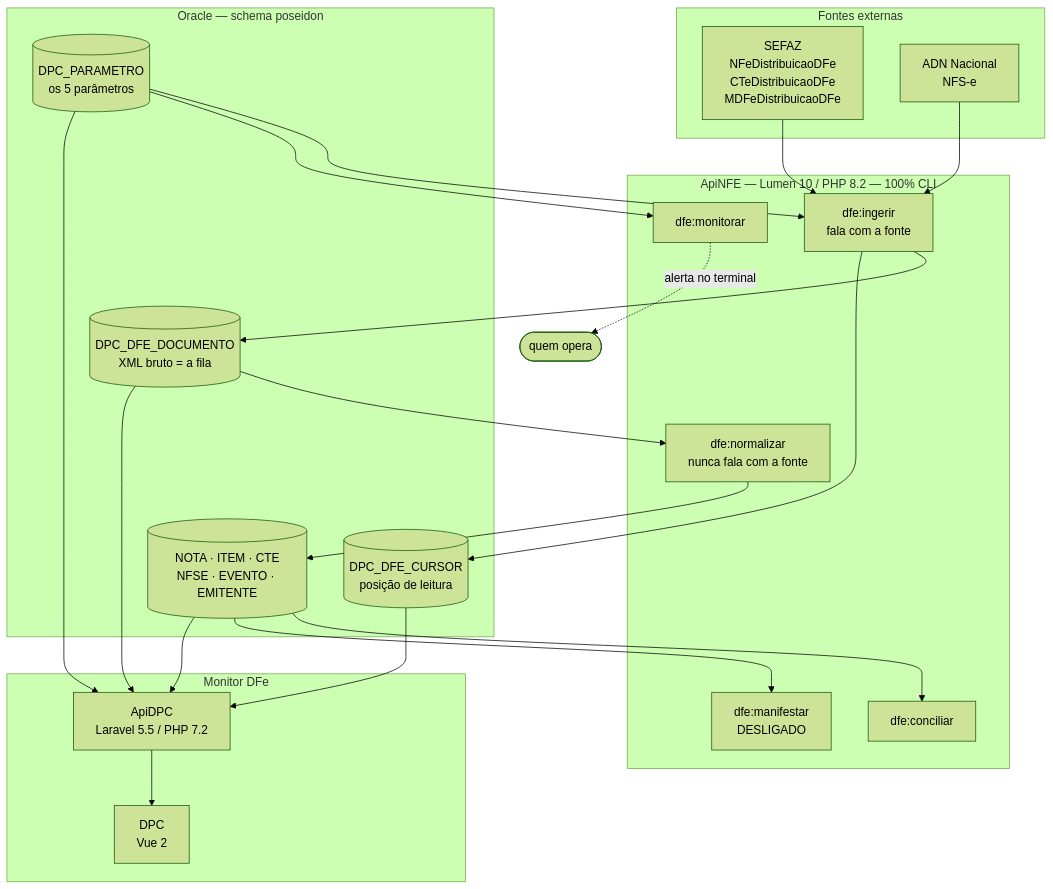
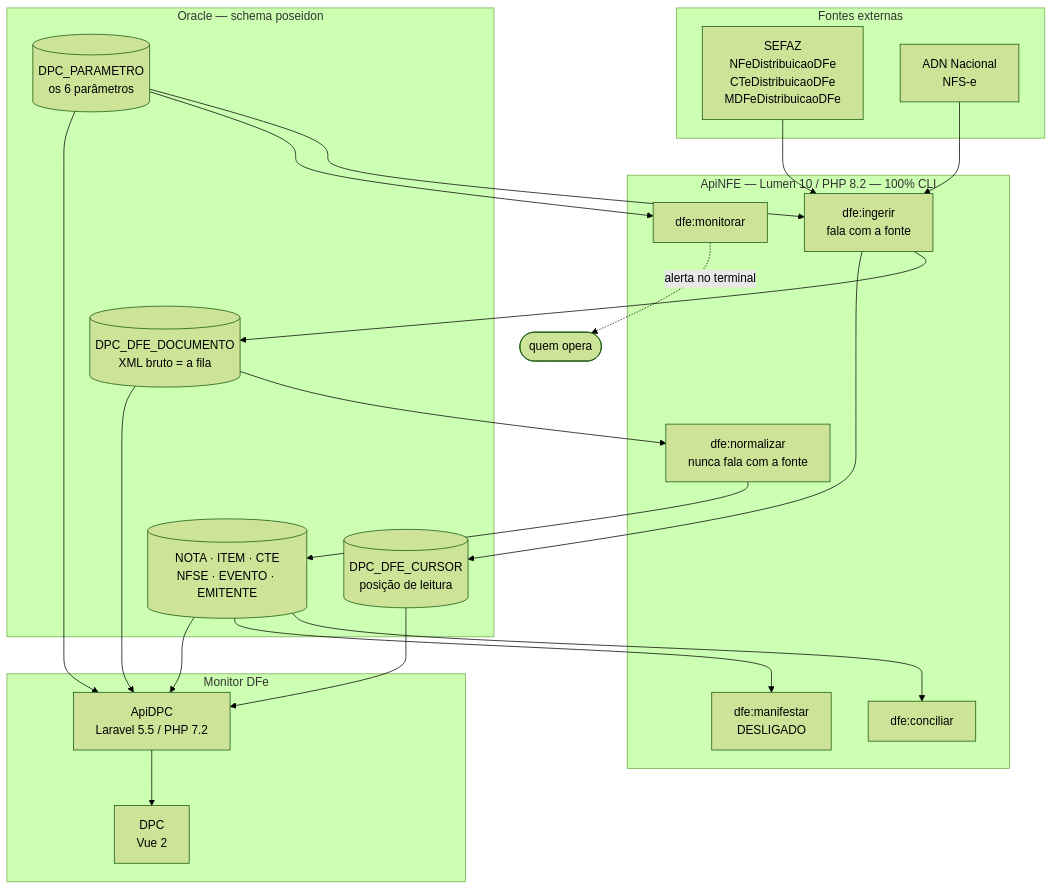
Before and after one commit to jbmchd/dpc-claude-folder: the diagram in docs/nfe_dfe/docs/readme.md, drawn with Mermaid (forest theme). The commit also changed other lines of this file and 5 other files, not shown here.

````diff
--- a/docs/nfe_dfe/docs/readme.md
+++ b/docs/nfe_dfe/docs/readme.md
@@ -55,36 +55,36 @@
 ```mermaid
 flowchart TD
     subgraph EXT["Fontes externas"]
         SEF["SEFAZ<br/>NFeDistribuicaoDFe<br/>CTeDistribuicaoDFe<br/>MDFeDistribuicaoDFe"]
         ADN["ADN Nacional<br/>NFS-e"]
     end
 
     subgraph API["ApiNFE — Lumen 10 / PHP 8.2 — 100% CLI"]
         ING["dfe:ingerir<br/>fala com a fonte"]
         NOR["dfe:normalizar<br/>nunca fala com a fonte"]
         CON["dfe:conciliar"]
         MAN["dfe:manifestar<br/>DESLIGADO"]
         MON["dfe:monitorar"]
     end
 
     subgraph OR["Oracle — schema poseidon"]
         CUR[("DPC_DFE_CURSOR<br/>posição de leitura")]
         DOC[("DPC_DFE_DOCUMENTO<br/>XML bruto = a fila")]
         NRM[("NOTA · ITEM · CTE<br/>NFSE · EVENTO · EMITENTE")]
-        PAR[("DPC_PARAMETRO<br/>os 5 parâmetros")]
+        PAR[("DPC_PARAMETRO<br/>os 6 parâmetros")]
     end
 
     subgraph TELA["Monitor DFe"]
         DPCAPI["ApiDPC<br/>Laravel 5.5 / PHP 7.2"]
         DPCUI["DPC<br/>Vue 2"]
     end
 
     SEF & ADN --> ING
     ING --> DOC & CUR
     DOC --> NOR --> NRM
     NRM --> CON & MAN
     PAR --> ING & MON
     PAR --> DPCAPI
     NRM & DOC & CUR --> DPCAPI --> DPCUI
     MON -.->|"alerta no terminal"| OPS(["quem opera"])
 ```
````
